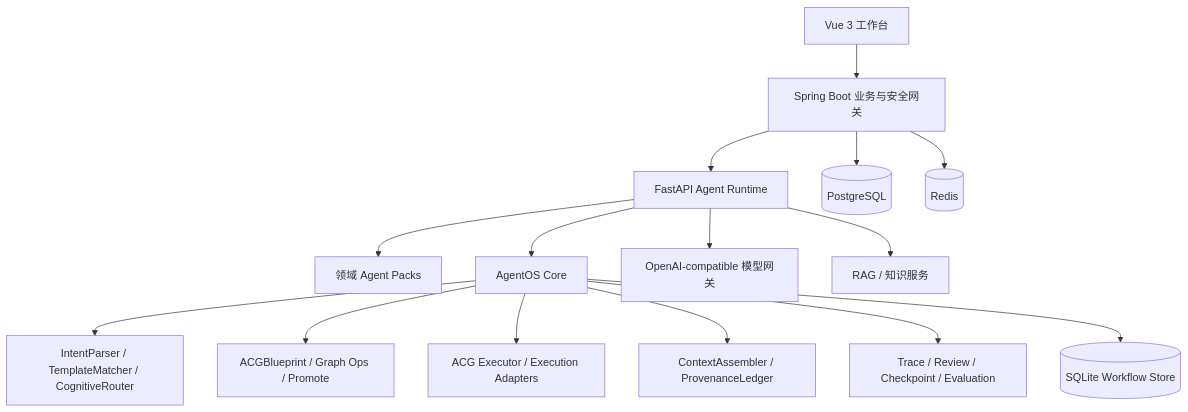
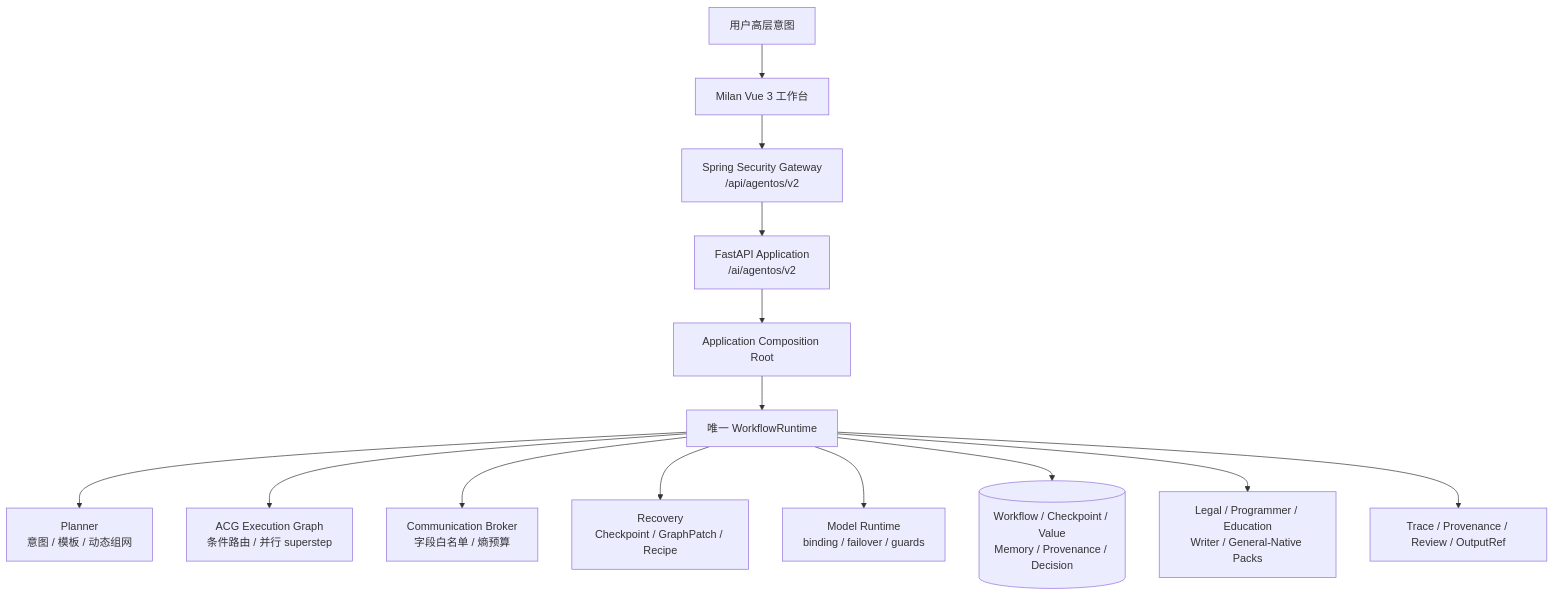
Before and after one commit to zongxi-Li/zhiyi-AgentOS-2026: the diagram in README.md, drawn with Mermaid. The commit also changed other lines of this file, not shown here.

Commit message:
docs(readme): align C4 overview with competition plan

````diff
--- a/README.md
+++ b/README.md
@@ -266,19 +89,18 @@
 ```mermaid
 flowchart TB
-    UI[Vue 3 工作台] --> Gateway[Spring Boot 业务与安全网关]
-    Gateway --> Runtime[FastAPI Agent Runtime]
-    Runtime --> Packs[领域 Agent Packs]
-    Runtime --> Core[AgentOS Core]
-    Runtime --> Model[OpenAI-compatible 模型网关]
-    Runtime --> RAG[RAG / 知识服务]
+    User[用户高层意图] --> Milan[Milan Vue 3 工作台]
+    Milan --> Gateway[Spring Security Gateway<br>/api/agentos/v2]
+    Gateway --> API[FastAPI Application<br>/ai/agentos/v2]
+    API --> Composition[Application Composition Root]
+    Composition --> Runtime[唯一 WorkflowRuntime]
 
-    Core --> Plan[IntentParser / TemplateMatcher / CognitiveRouter]
-    Core --> ACG[ACGBlueprint / Graph Ops / Promote]
-    Core --> Exec[ACG Executor / Execution Adapters]
-    Core --> Comm[ContextAssembler / ProvenanceLedger]
-    Core --> Gov[Trace / Review / Checkpoint / Evaluation]
+    Runtime --> Planner[Planner<br>意图 / 模板 / 动态组网]
+    Runtime --> Graph[ACG Execution Graph<br>条件路由 / 并行 superstep]
+    Runtime --> Broker[Communication Broker<br>字段白名单 / 熵预算]
+    Runtime --> Recovery[Recovery<br>Checkpoint / GraphPatch / Recipe]
+    Runtime --> Models[Model Runtime<br>binding / failover / guards]
 
-    Gateway --> PostgreSQL[(PostgreSQL)]
-    Gateway --> Redis[(Redis)]
-    Core --> Store[(SQLite Workflow Store)]
+    Runtime --> Stores[(Workflow / Checkpoint / Value<br>Memory / Provenance / Decision)]
+    Runtime --> Packs[Legal / Programmer / Education<br>Writer / General-Native Packs]
+    Runtime --> Audit[Trace / Provenance / Review / OutputRef]
 ```
````
